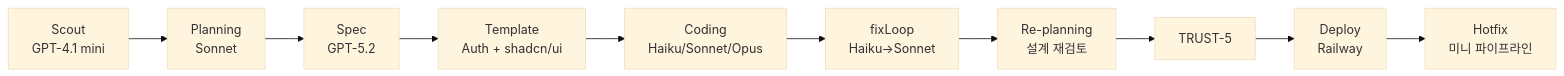
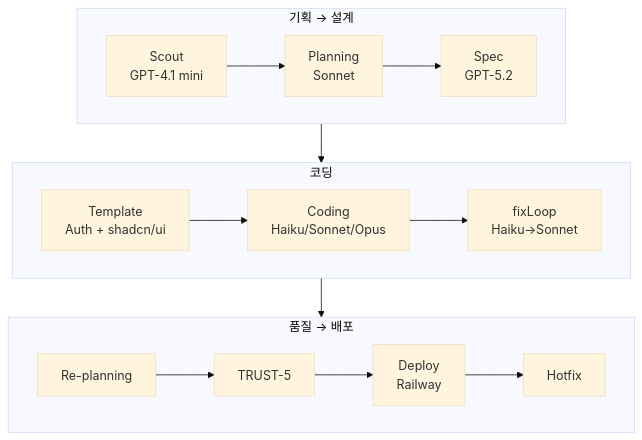
The diagram in _posts/project/ai-factory/2026-03-14-ai-factory-3.md (alswp006/alswp006.github.io), drawn with Mermaid (base theme) before and after one commit. The commit also changed 3 other files, not shown here.

First line of the commit message:
style: mermaid 가로/세로 균형 레이아웃 - 행별 3~4노드 배치

````diff
--- a/_posts/project/ai-factory/2026-03-14-ai-factory-3.md
+++ b/_posts/project/ai-factory/2026-03-14-ai-factory-3.md
@@ -389,12 +389,16 @@
 ```mermaid
-flowchart LR
-    Scout["Scout\nGPT-4.1 mini"] --> Planning["Planning\nSonnet"]
-    Planning --> Spec["Spec\nGPT-5.2"]
-    Spec --> Template["Template\nAuth + shadcn/ui"]
-    Template --> Coding["Coding\nHaiku/Sonnet/Opus"]
-    Coding --> Fix["fixLoop\nHaiku→Sonnet"]
-    Fix --> Replan["Re-planning\n설계 재검토"]
-    Replan --> Trust["TRUST-5"]
-    Trust --> Deploy["Deploy\nRailway"]
-    Deploy --> Hotfix["Hotfix\n미니 파이프라인"]
+flowchart TD
+    subgraph row1 ["기획 → 설계"]
+        direction LR
+        Scout["Scout\nGPT-4.1 mini"] --> Planning["Planning\nSonnet"] --> Spec["Spec\nGPT-5.2"]
+    end
+    subgraph row2 ["코딩"]
+        direction LR
+        Template["Template\nAuth + shadcn/ui"] --> Coding["Coding\nHaiku/Sonnet/Opus"] --> Fix["fixLoop\nHaiku→Sonnet"]
+    end
+    subgraph row3 ["품질 → 배포"]
+        direction LR
+        Replan["Re-planning"] --> Trust["TRUST-5"] --> Deploy["Deploy\nRailway"] --> Hotfix["Hotfix"]
+    end
+    row1 --> row2 --> row3
 ```
````
